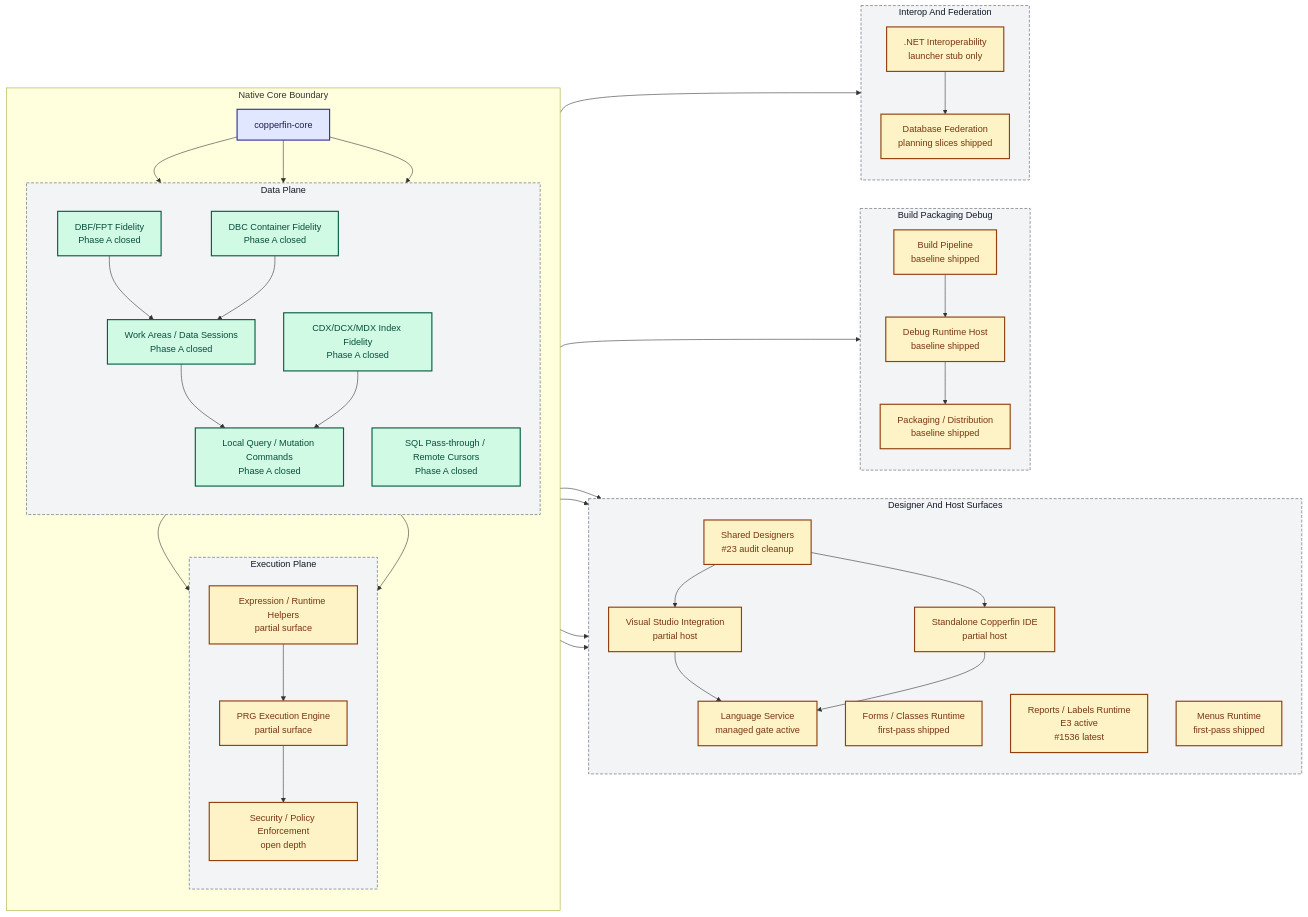
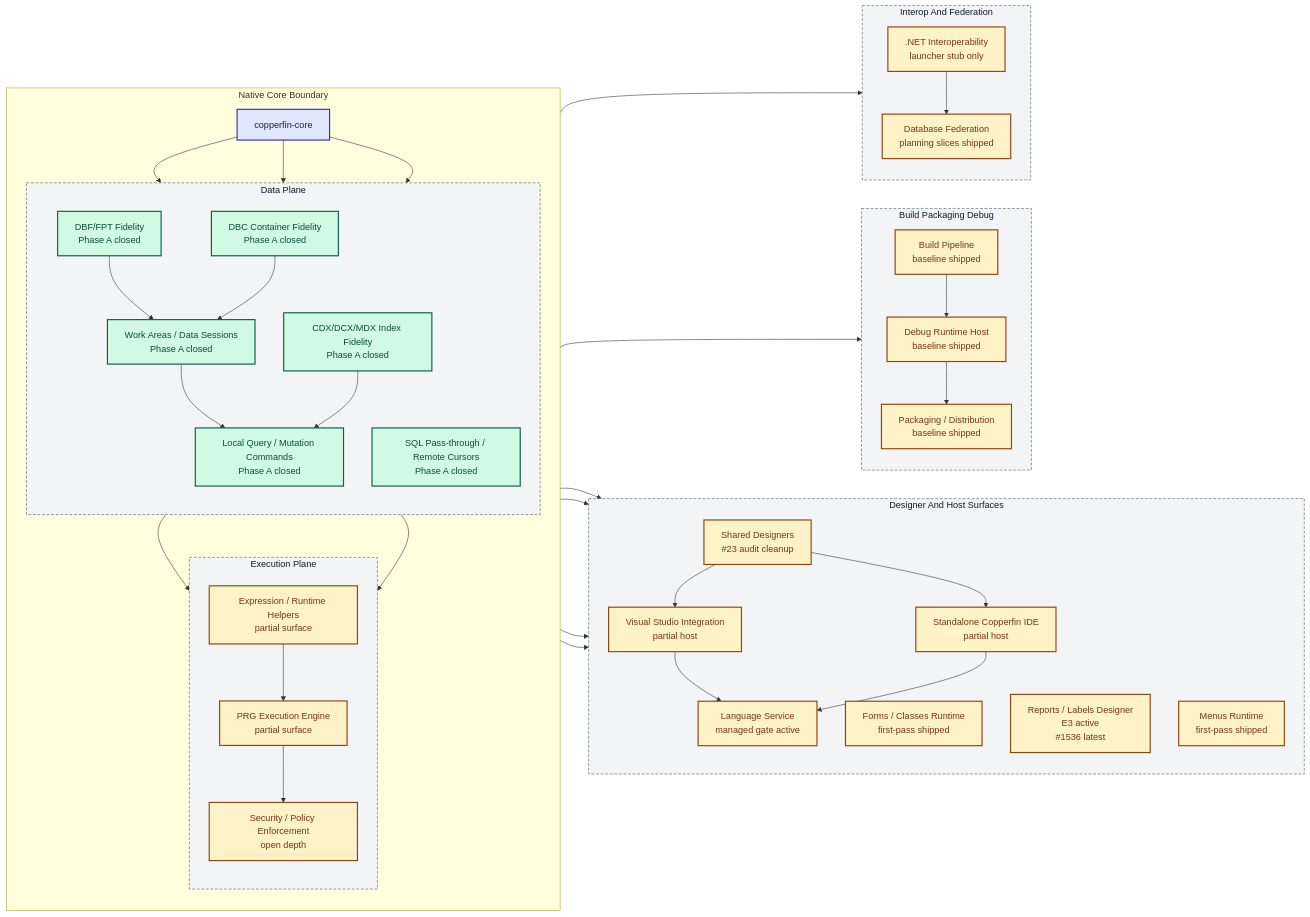
Before and after one commit to rhamenator/Project-Copperfin: the diagram in docs/02-architecture.md, drawn with Mermaid. The commit also changed 5 other files, not shown here.

```diff
--- a/docs/02-architecture.md
+++ b/docs/02-architecture.md
@@ -36,7 +36,7 @@
         direction TB
         DES["Shared Designers<br/>#23 audit cleanup"]
         FORMS["Forms / Classes Runtime<br/>first-pass shipped"]
-        RPT["Reports / Labels Runtime<br/>E3 active<br/>#1536 latest"]
+        RPT["Reports / Labels Designer<br/>E3 active<br/>#1536 latest"]
         MENU["Menus Runtime<br/>first-pass shipped"]
         VS["Visual Studio Integration<br/>partial host"]
         IDE["Standalone Copperfin IDE<br/>partial host"]
```
